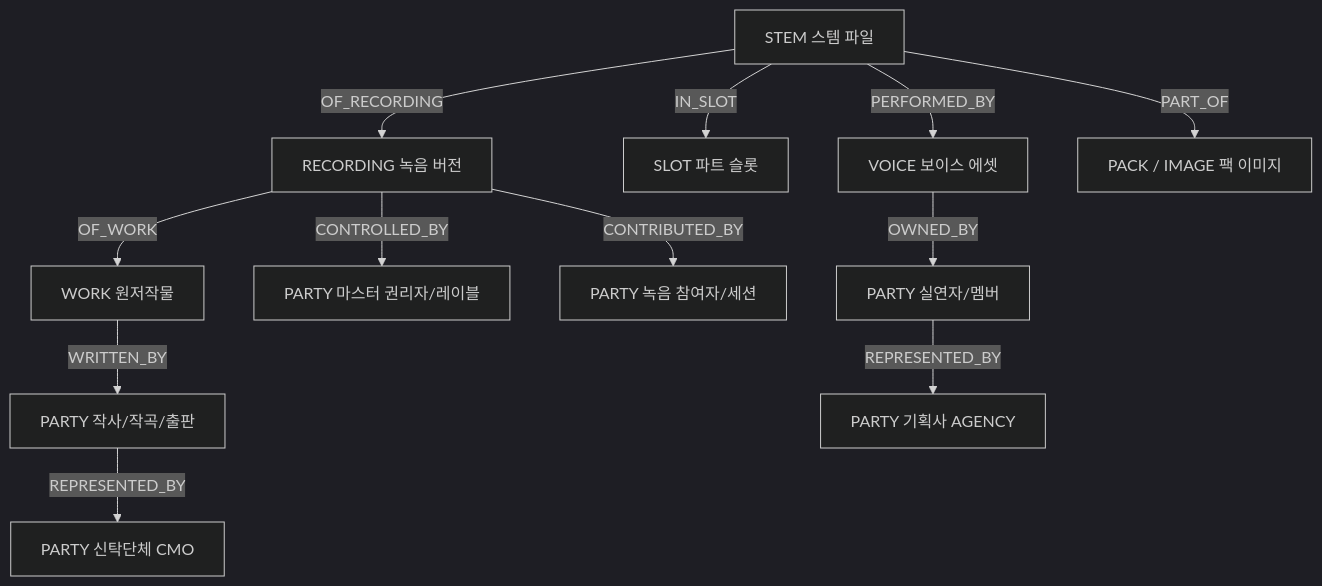
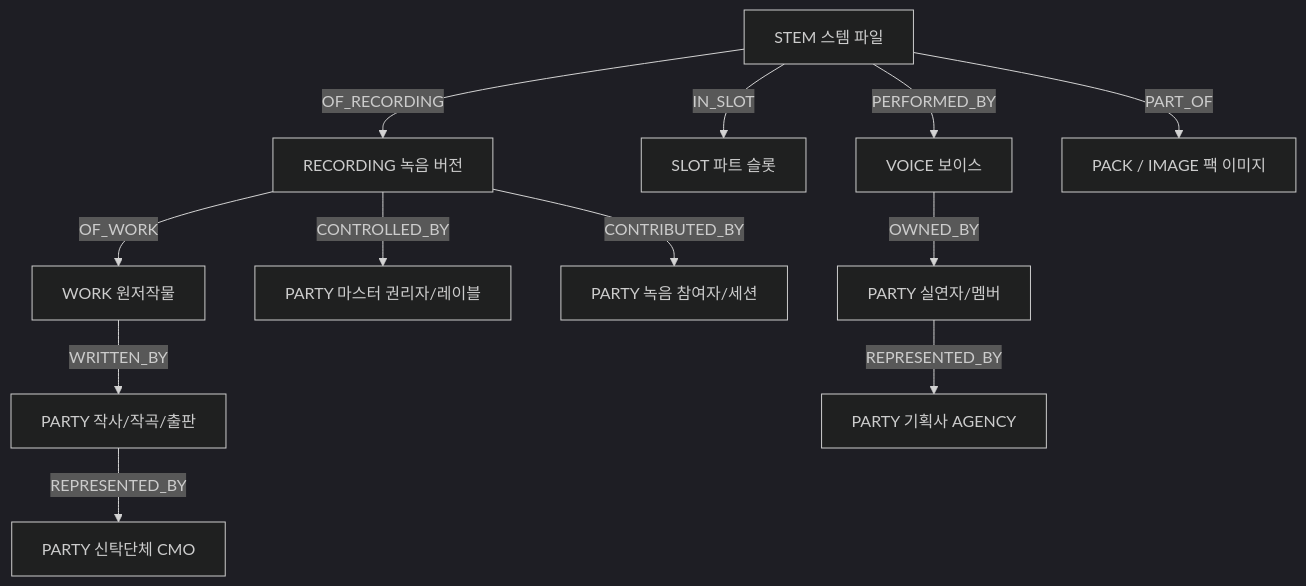
Before and after one commit to changkyuneun-ux/vocal_combination: the diagram in 02_MDRL_언어규격/01_핵심설계/Stem2Work그래프_정산DSL_설계.md, drawn with Mermaid (dark theme). The commit also changed other lines of this file and 2 other files, not shown here.

Commit message:
docs(terms): 보이스(목소리 주체)와 스템(오디오)의 정의 구분, Stem2Work 그래프의 VOICE 노드를 voice 엔티티로 정정

````diff
--- a/02_MDRL_언어규격/01_핵심설계/Stem2Work그래프_정산DSL_설계.md
+++ b/02_MDRL_언어규격/01_핵심설계/Stem2Work그래프_정산DSL_설계.md
@@ -22,16 +22,16 @@
 ```mermaid
 graph TD
-    STEM[STEM 스템 파일] -->|PERFORMED_BY| VOICE[VOICE 보이스 에셋]
+    STEM[STEM 스템 파일] -->|PERFORMED_BY| VOICE[VOICE 보이스]
     STEM -->|IN_SLOT| SLOT[SLOT 파트 슬롯]
     STEM -->|OF_RECORDING| REC[RECORDING 녹음 버전]
     STEM -->|PART_OF| PACK[PACK / IMAGE 팩 이미지]
 
     VOICE -->|OWNED_BY| P_MEM[PARTY 실연자/멤버]
     REC -->|CONTROLLED_BY| P_LBL[PARTY 마스터 권리자/레이블]
     REC -->|CONTRIBUTED_BY| P_SES[PARTY 녹음 참여자/세션]
     REC -->|OF_WORK| WORK[WORK 원저작물]
 
     WORK -->|WRITTEN_BY| P_AUT[PARTY 작사/작곡/출판]
     P_AUT -->|REPRESENTED_BY| P_CMO[PARTY 신탁단체 CMO]
     P_MEM -->|REPRESENTED_BY| P_AGN[PARTY 기획사 AGENCY]
 ```
````
